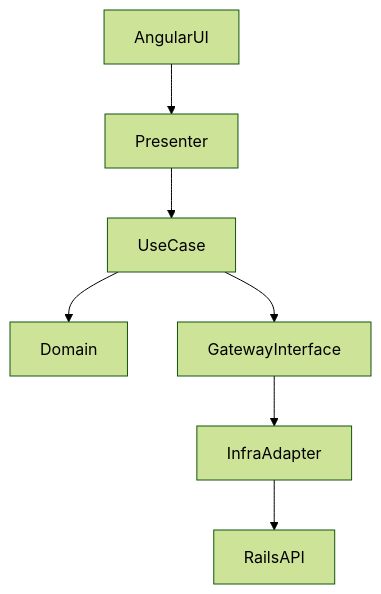
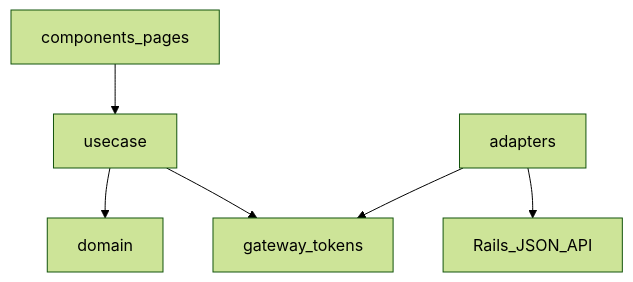
One commit to rick-chick/agrr changed the second of 2 diagrams in ARCHITECTURE.md. Above: the diagram before and after it, drawn with Mermaid (forest theme). The commit also changed other lines of this file and 2 other files, not shown here.

First line of the commit message:
docs: update architecture and rules references (T-001/T-002/T-003)

````diff
--- a/ARCHITECTURE.md
+++ b/ARCHITECTURE.md
@@ -61,9 +72,8 @@
 ```mermaid
 flowchart TB
-  AngularUI[AngularUI] --> Presenter[Presenter]
-  Presenter --> UseCase[UseCase]
-  UseCase --> Domain[Domain]
-  UseCase --> GatewayInterface[GatewayInterface]
-  GatewayInterface --> InfraAdapter[InfraAdapter]
-  InfraAdapter --> RailsAPI[RailsAPI]
+  Components[components_pages] --> UseCase[usecase]
+  UseCase --> DomainFE[domain]
+  UseCase --> GatewayIF[gateway_tokens]
+  Adapters[adapters] --> GatewayIF
+  Adapters --> RailsAPI[Rails_JSON_API]
 ```
````
